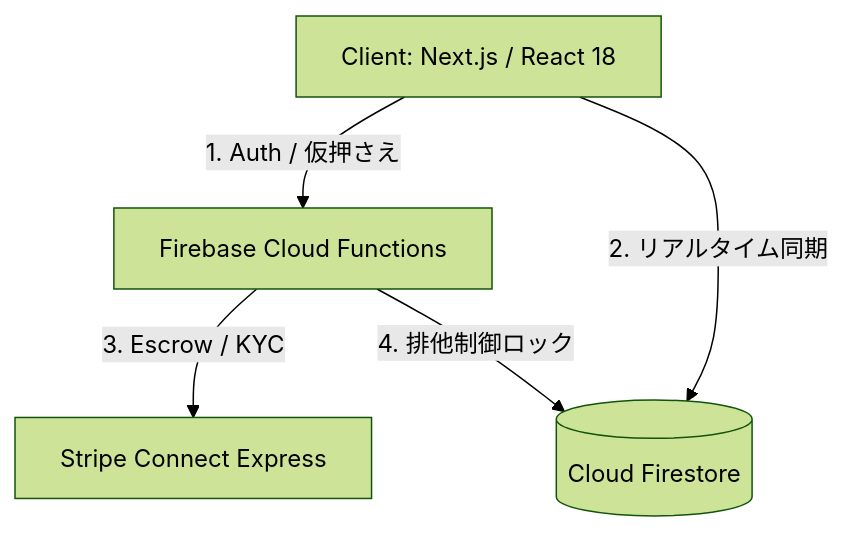
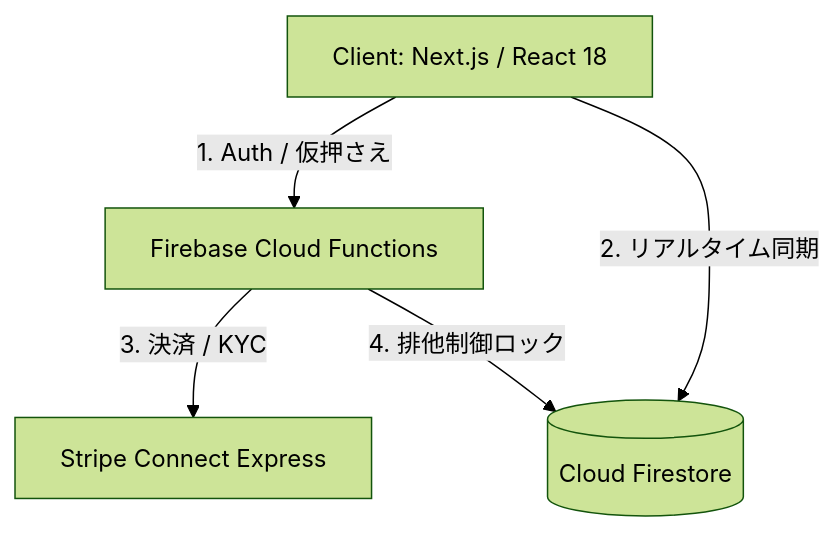
Before and after one commit to fumi3333/musalink: the diagram in docs/TECH_STACK_EXPLANATION.md, drawn with Mermaid (forest theme). The commit also changed other lines of this file and 7 other files, not shown here.

````diff
--- a/docs/TECH_STACK_EXPLANATION.md
+++ b/docs/TECH_STACK_EXPLANATION.md
@@ -10,7 +10,7 @@
 ```mermaid
 graph TD
     Client[Client: Next.js / React 18] -->|1. Auth / 仮押さえ| CF[Firebase Cloud Functions]
     Client -->|2. リアルタイム同期| FS[(Cloud Firestore)]
-    CF -->|3. Escrow / KYC| Stripe[Stripe Connect Express]
+    CF -->|3. 決済 / KYC| Stripe[Stripe Connect Express]
     CF -->|4. 排他制御ロック| FS
 ```
````
